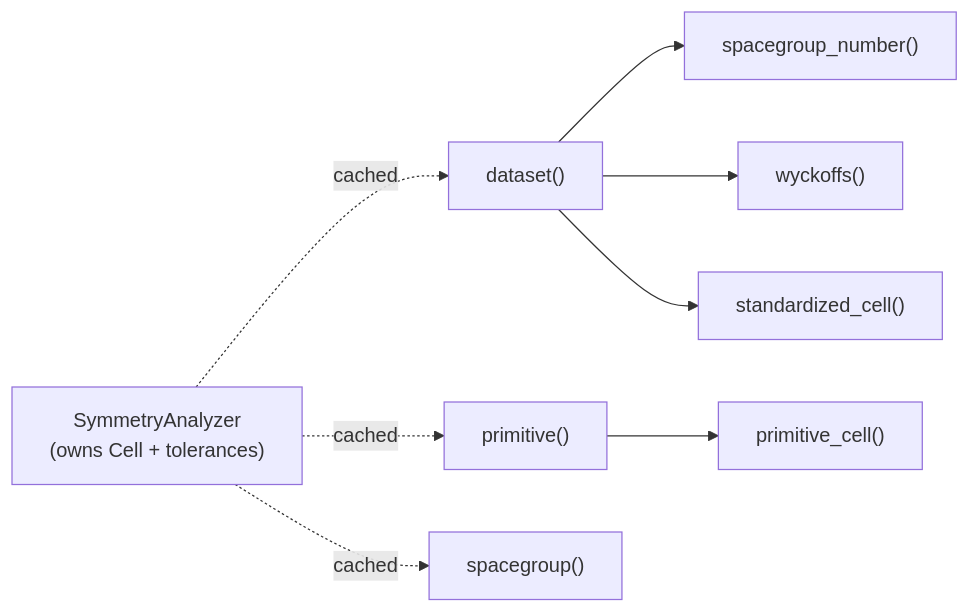
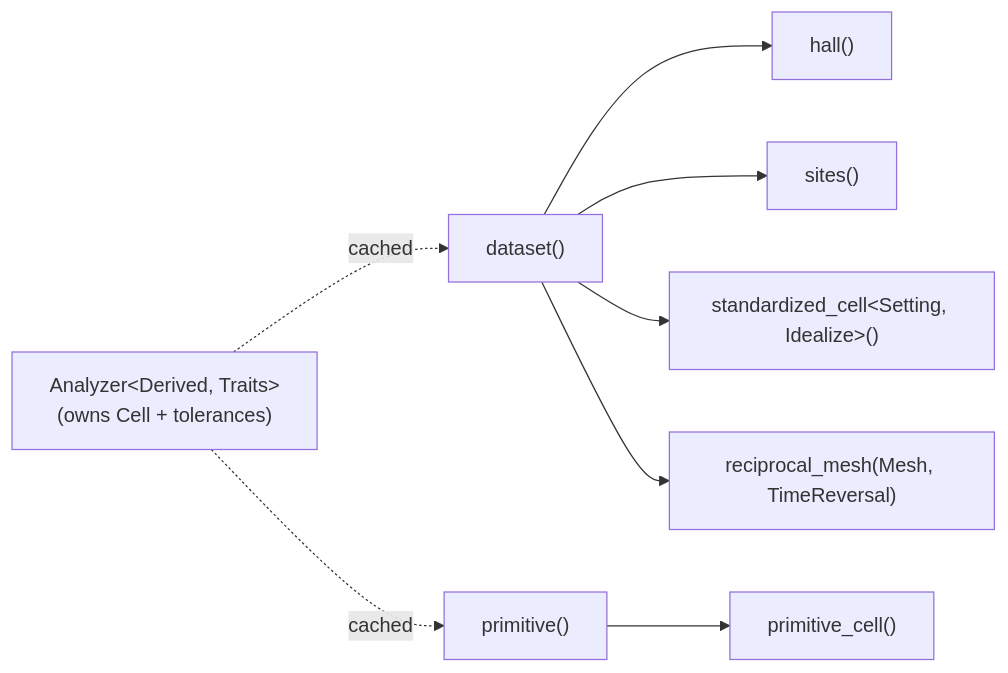
The third of 7 diagrams in docs/WORKFLOW.md (reach2sayan/Seitz), drawn with Mermaid before and after one commit. The commit also changed other lines of this file and 39 other files, not shown here.

````diff
--- a/docs/WORKFLOW.md
+++ b/docs/WORKFLOW.md
@@ -60,11 +63,11 @@
 ```mermaid
 flowchart LR
-    SA["SymmetryAnalyzer<br/>(owns Cell + tolerances)"]
+    SA["Analyzer&lt;Derived, Traits&gt;<br/>(owns Cell + tolerances)"]
     SA -.cached.-> DS["dataset()"]
-    DS --> N["spacegroup_number()"]
-    DS --> W["wyckoffs()"]
-    DS --> ST["standardized_cell()"]
+    DS --> N["hall()"]
+    DS --> W["sites()"]
+    DS --> ST["standardized_cell&lt;Setting, Idealize&gt;()"]
+    DS --> RM["reciprocal_mesh(Mesh, TimeReversal)"]
     SA -.cached.-> PR["primitive()"]
     PR --> PC["primitive_cell()"]
-    SA -.cached.-> SG["spacegroup()"]
 ```
````
